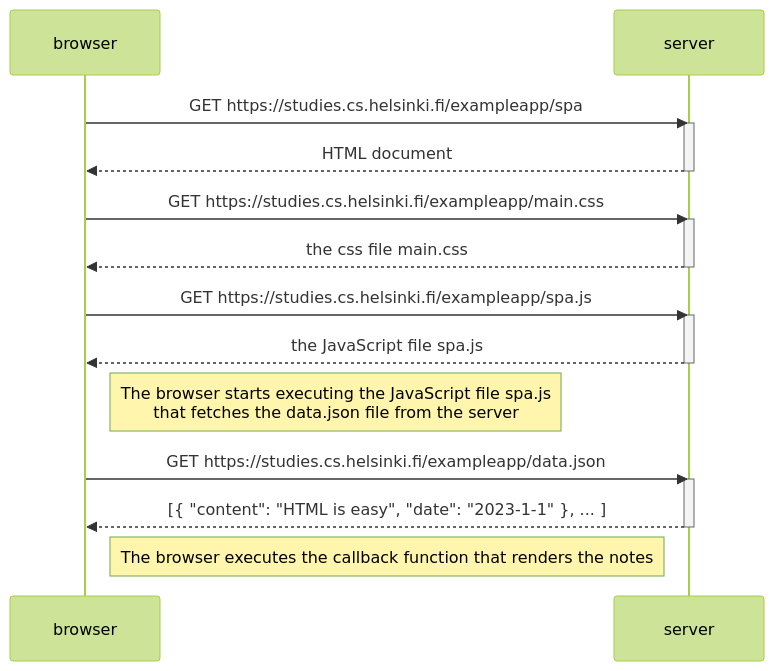
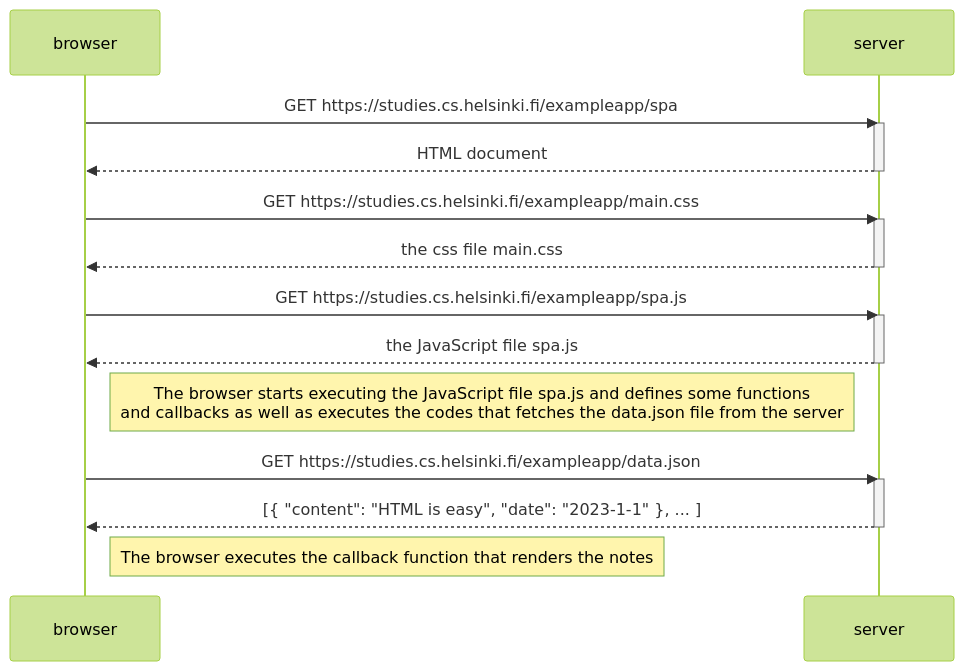
The diagram in part0/0.5_single_page_app_diagram.md (tianmath/fullstackopen), drawn with Mermaid (forest theme) before and after one commit.

Commit message:
clarify abit more what spa.js does in exercise 0.5

````diff
--- a/part0/0.5_single_page_app_diagram.md
+++ b/part0/0.5_single_page_app_diagram.md
@@ -1,29 +1,29 @@
 ```mermaid
 sequenceDiagram
     participant browser
     participant server
 
     browser->>server: GET https://studies.cs.helsinki.fi/exampleapp/spa
     activate server
     server-->>browser: HTML document
     deactivate server
 
     browser->>server: GET https://studies.cs.helsinki.fi/exampleapp/main.css
     activate server
     server-->>browser: the css file main.css
     deactivate server
 
     browser->>server: GET https://studies.cs.helsinki.fi/exampleapp/spa.js
     activate server
     server-->>browser: the JavaScript file spa.js
     deactivate server
 
-    Note right of browser: The browser starts executing the JavaScript file spa.js<br/>that fetches the data.json file from the server
+    Note right of browser: The browser starts executing the JavaScript file spa.js and defines some functions<br/>and callbacks as well as executes the codes that fetches the data.json file from the server
 
     browser->>server: GET https://studies.cs.helsinki.fi/exampleapp/data.json
     activate server
     server-->>browser: [{ "content": "HTML is easy", "date": "2023-1-1" }, ... ]
     deactivate server
 
     Note right of browser: The browser executes the callback function that renders the notes
 ```
````
